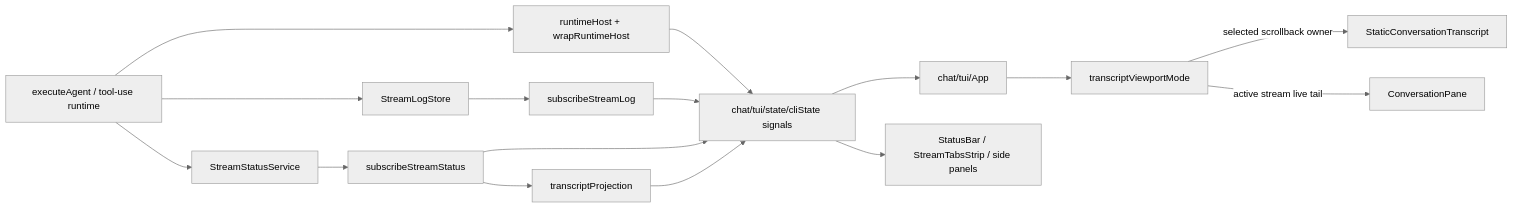
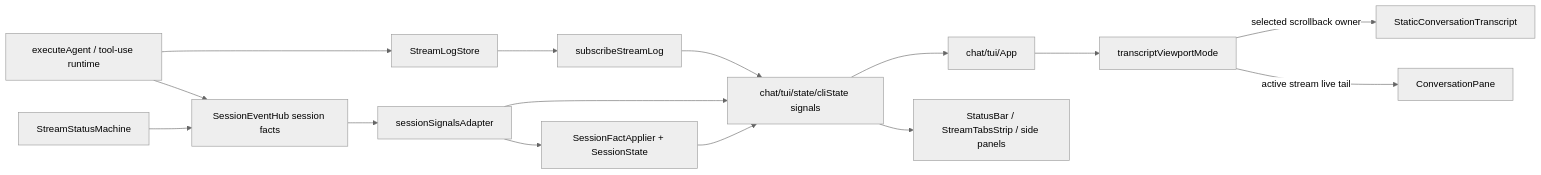
Before and after one commit to LionSR/TeXRA: the second of 5 diagrams in docs/architecture/2026-06-20-cli-runtime-round-trips.md, drawn with Mermaid (neutral theme). The commit also changed other lines of this file and 9 other files, not shown here.

````diff
--- a/docs/architecture/2026-06-20-cli-runtime-round-trips.md
+++ b/docs/architecture/2026-06-20-cli-runtime-round-trips.md
@@ -74,29 +74,29 @@
 ```mermaid
 flowchart LR
   runtime[executeAgent / tool-use runtime]
-  host[runtimeHost + wrapRuntimeHost]
+  hub[SessionEventHub session facts]
   streamLog[StreamLogStore]
-  statusService[StreamStatusService]
+  statusService[StreamStatusMachine]
   cliState[chat/tui/state/cliState signals]
-  statusSub[subscribeStreamStatus]
+  factAdapter[sessionSignalsAdapter]
   logSub[subscribeStreamLog]
-  projection[transcriptProjection]
+  applier[SessionFactApplier + SessionState]
   app[chat/tui/App]
   viewport[transcriptViewportMode]
   staticPane[StaticConversationTranscript]
   livePane[ConversationPane]
   statusBar[StatusBar / StreamTabsStrip / side panels]
 
-  runtime --> host
+  runtime --> hub
   runtime --> streamLog
-  runtime --> statusService
-  host --> cliState
+  statusService --> hub
+  hub --> factAdapter
   streamLog --> logSub --> cliState
-  statusService --> statusSub --> cliState
-  statusSub --> projection --> cliState
+  factAdapter --> cliState
+  factAdapter --> applier --> cliState
   cliState --> app
   app --> viewport
   viewport -->|selected scrollback owner| staticPane
   viewport -->|active stream live tail| livePane
   cliState --> statusBar
 ```
````
